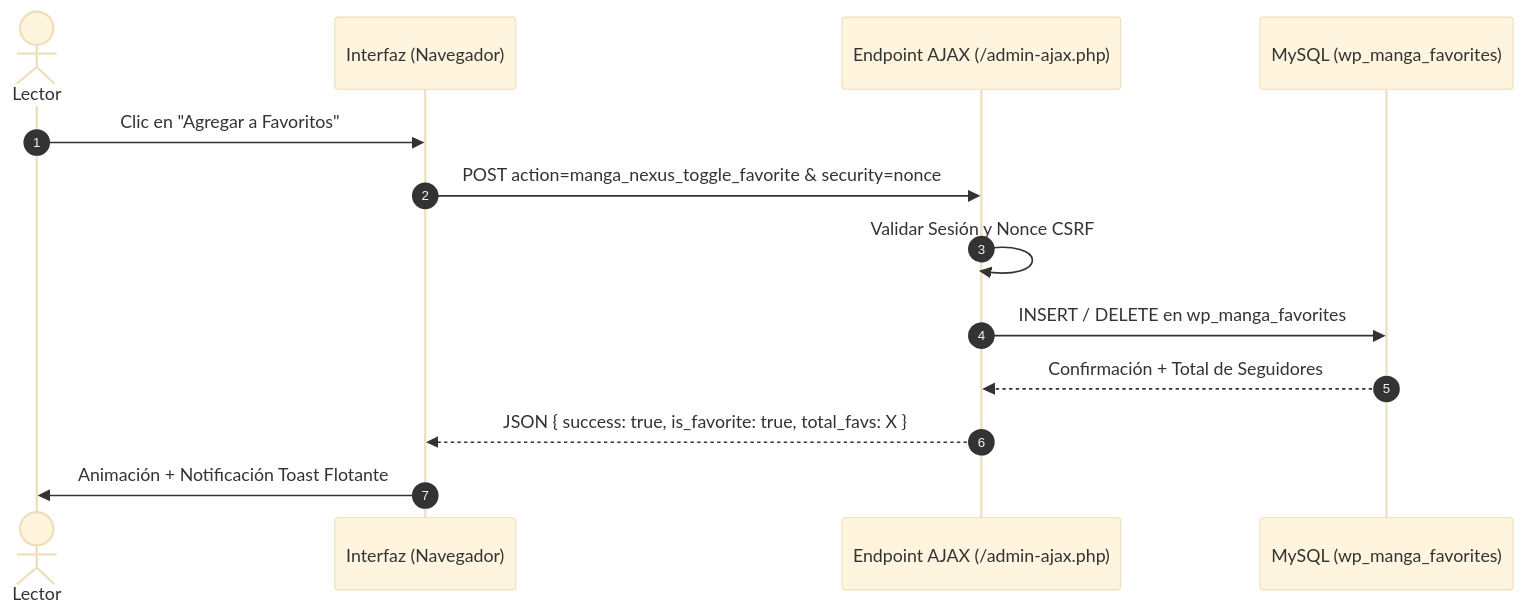
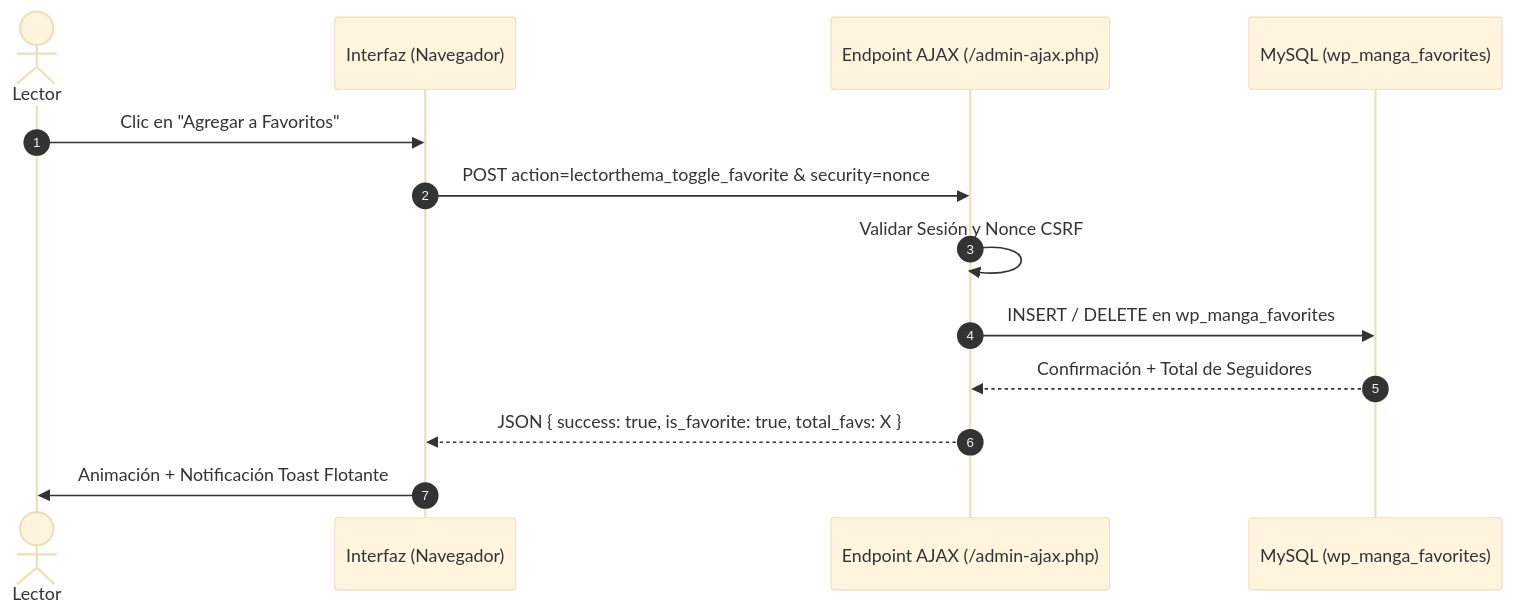
One commit to PierreArriagada/lectorthema changed the first of 2 diagrams in docs/04_SISTEMA_DE_FAVORITOS_Y_USUARIOS.md. Above: the diagram before and after it, drawn with Mermaid (base theme). The commit also changed other lines of this file and 90 other files, not shown here.

````diff
--- a/docs/04_SISTEMA_DE_FAVORITOS_Y_USUARIOS.md
+++ b/docs/04_SISTEMA_DE_FAVORITOS_Y_USUARIOS.md
@@ -7,16 +7,16 @@
 ```mermaid
 sequenceDiagram
     autonumber
     actor Lector
     participant UI as Interfaz (Navegador)
     participant AJAX as Endpoint AJAX (/admin-ajax.php)
     participant DB as MySQL (wp_manga_favorites)
 
     Lector->>UI: Clic en "Agregar a Favoritos"
-    UI->>AJAX: POST action=manga_nexus_toggle_favorite & security=nonce
+    UI->>AJAX: POST action=lectorthema_toggle_favorite & security=nonce
     AJAX->>AJAX: Validar Sesión y Nonce CSRF
     AJAX->>DB: INSERT / DELETE en wp_manga_favorites
     DB-->>AJAX: Confirmación + Total de Seguidores
     AJAX-->>UI: JSON { success: true, is_favorite: true, total_favs: X }
     UI->>Lector: Animación + Notificación Toast Flotante
 ```
````
